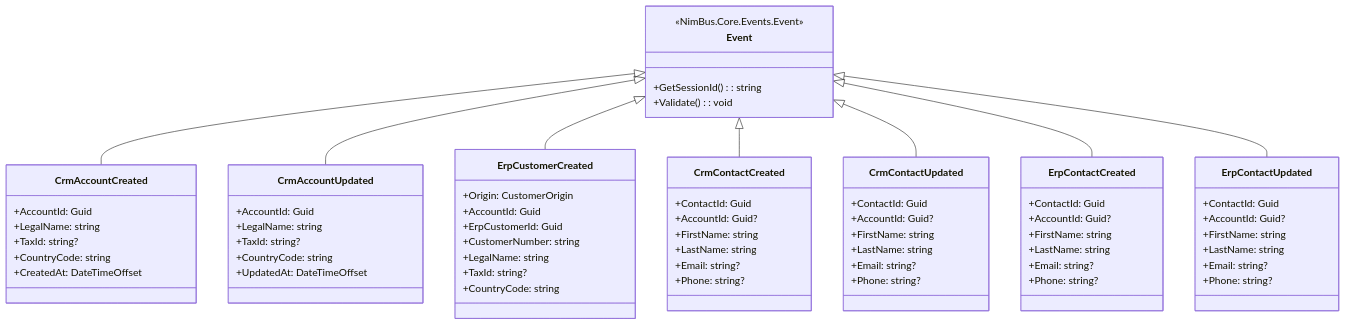
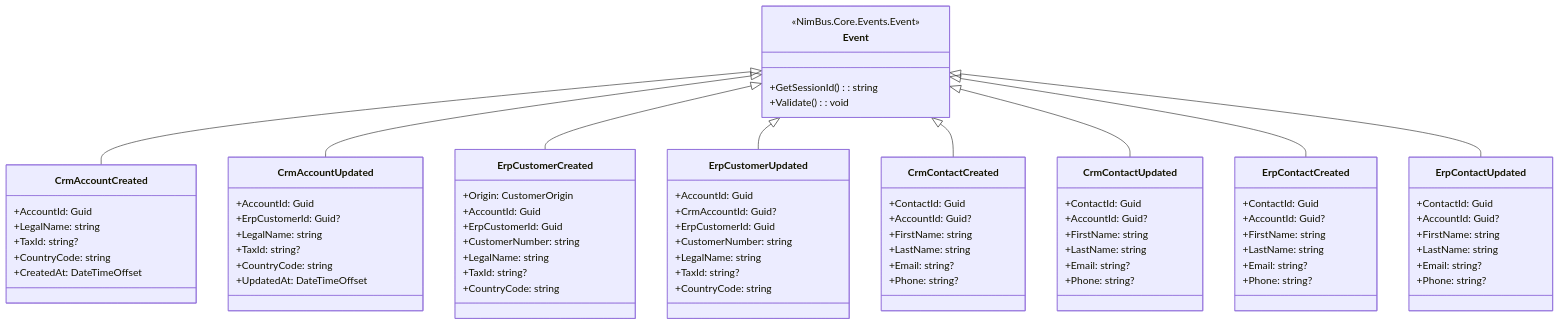
One commit to akakaule/NimBus changed the diagram in samples/CrmErpDemo/Crm.Adapter/docs/events.md. Above: the diagram before and after it, drawn with Mermaid. The commit also changed other lines of this file and 121 other files, not shown here.

````diff
--- a/samples/CrmErpDemo/Crm.Adapter/docs/events.md
+++ b/samples/CrmErpDemo/Crm.Adapter/docs/events.md
@@ -65,70 +66,81 @@
 ```mermaid
 classDiagram
     class Event {
         <<NimBus.Core.Events.Event>>
         +GetSessionId(): string
         +Validate(): void
     }
     class CrmAccountCreated {
         +AccountId: Guid
         +LegalName: string
         +TaxId: string?
         +CountryCode: string
         +CreatedAt: DateTimeOffset
     }
     class CrmAccountUpdated {
         +AccountId: Guid
+        +ErpCustomerId: Guid?
         +LegalName: string
         +TaxId: string?
         +CountryCode: string
         +UpdatedAt: DateTimeOffset
     }
     class ErpCustomerCreated {
         +Origin: CustomerOrigin
         +AccountId: Guid
+        +ErpCustomerId: Guid
+        +CustomerNumber: string
+        +LegalName: string
+        +TaxId: string?
+        +CountryCode: string
+    }
+    class ErpCustomerUpdated {
+        +AccountId: Guid
+        +CrmAccountId: Guid?
         +ErpCustomerId: Guid
         +CustomerNumber: string
         +LegalName: string
         +TaxId: string?
         +CountryCode: string
     }
     class CrmContactCreated {
         +ContactId: Guid
         +AccountId: Guid?
         +FirstName: string
         +LastName: string
         +Email: string?
         +Phone: string?
     }
     class CrmContactUpdated {
         +ContactId: Guid
         +AccountId: Guid?
         +FirstName: string
         +LastName: string
         +Email: string?
         +Phone: string?
     }
     class ErpContactCreated {
         +ContactId: Guid
         +AccountId: Guid?
         +FirstName: string
         +LastName: string
         +Email: string?
         +Phone: string?
     }
     class ErpContactUpdated {
         +ContactId: Guid
         +AccountId: Guid?
         +FirstName: string
         +LastName: string
         +Email: string?
         +Phone: string?
     }
     Event <|-- CrmAccountCreated
     Event <|-- CrmAccountUpdated
     Event <|-- ErpCustomerCreated
+    Event <|-- ErpCustomerUpdated
     Event <|-- CrmContactCreated
     Event <|-- CrmContactUpdated
     Event <|-- ErpContactCreated
     Event <|-- ErpContactUpdated
 ```
````
